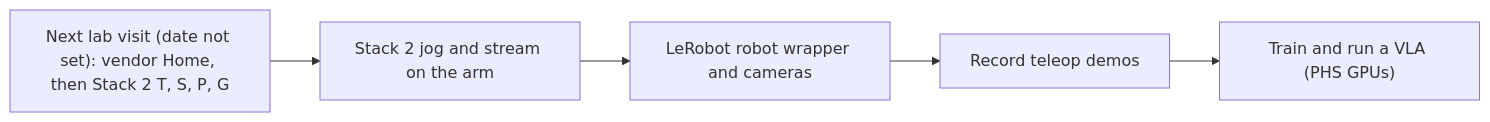
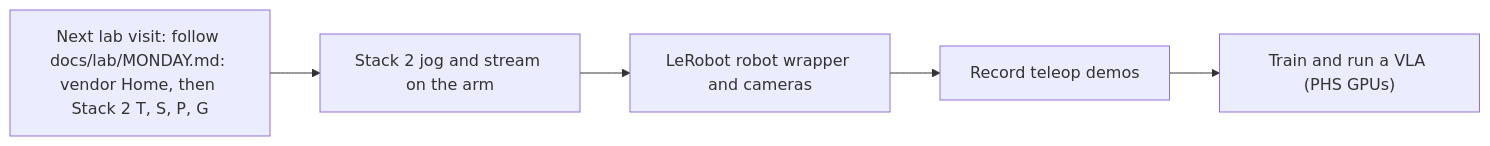
The diagram in docs/STATUS.md (Sebastianr8243/scorbot-er4u-python), drawn with Mermaid before and after one commit. The commit also changed other lines of this file and 1 other file, not shown here.

Commit message:
Bring STATUS and USB_CAPTURE up to date: the lab keeps Intelitek's driver and STATUS stopped at #179

````diff
--- a/docs/STATUS.md
+++ b/docs/STATUS.md
@@ -52,7 +52,7 @@
 ```mermaid
 flowchart LR
-    L["Next lab visit (date not set): vendor Home, then Stack 2 T, S, P, G"] --> J["Stack 2 jog and stream on the arm"]
+    L["Next lab visit: follow docs/lab/MONDAY.md: vendor Home, then Stack 2 T, S, P, G"] --> J["Stack 2 jog and stream on the arm"]
     J --> R["LeRobot robot wrapper and cameras"]
     R --> D["Record teleop demos"]
     D --> V["Train and run a VLA (PHS GPUs)"]
 ```
````
